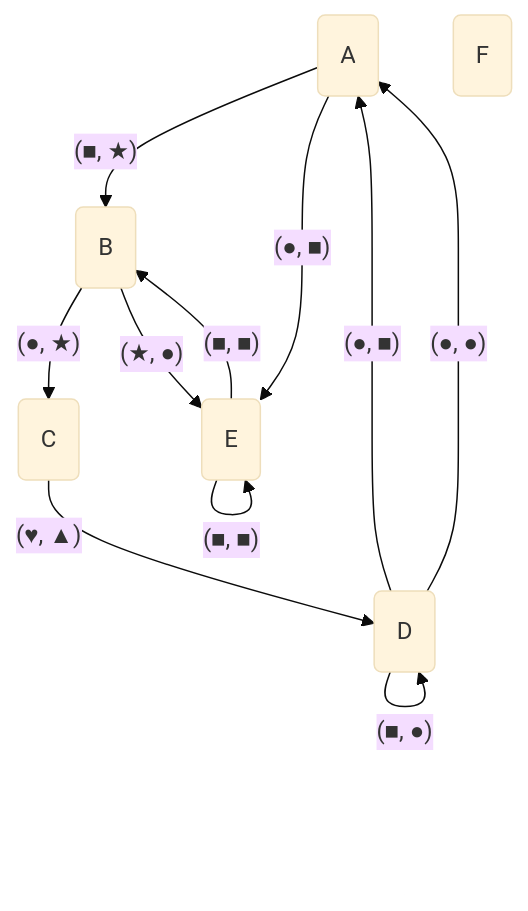
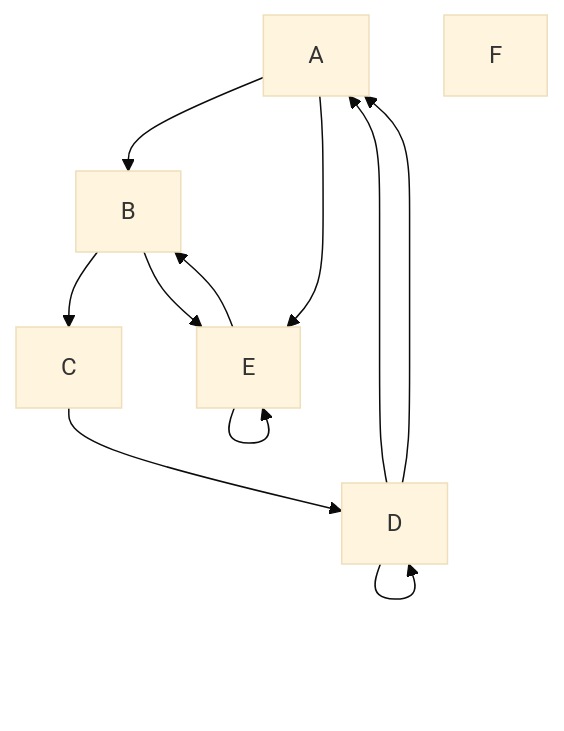
One commit to flexflow/FlexFlow changed the third of 3 diagrams in lib/utils/include/utils/graph/README.md. Above: the diagram before and after it, drawn with Mermaid (base theme). The commit also changed other lines of this file, not shown here.

````diff
--- a/lib/utils/include/utils/graph/README.md
+++ b/lib/utils/include/utils/graph/README.md
@@ -59,20 +59,20 @@
 ```mermaid
 flowchart TD
-    A("A")
-    B("B")
-    C("C")
-    D("D")
-    E("E")
-    F("F")
+    A
+    B
+    C
+    D
+    E
+    F
 
-    A -->|"(&#x25A0, &#x2605)"| B
-    B -->|"(&#x25CF, &#x2605)"| C
-    C -->|"(&#x2665, &#x25B2)"| D
-    D -->|"(&#x25CF, &#x25A0)"| A
-    B -->|"(&#x2605, &#x25CF)"| E 
-    E -->|"(&#x25A0, &#x25A0)"| B
-    D -->|"(&#x25CF, &#x25CF)"| A
-    A -->|"(&#x25CF, &#x25A0)"| E
-    D -->|"(&#x25A0, &#x25CF)"| D 
-    E -->|"(&#x25A0, &#x25A0)"| E
+    A --> B
+    B --> C
+    C --> D
+    D --> A
+    B --> E
+    E --> B
+    D --> A
+    A --> E
+    D --> D
+    E --> E
 ```
````
